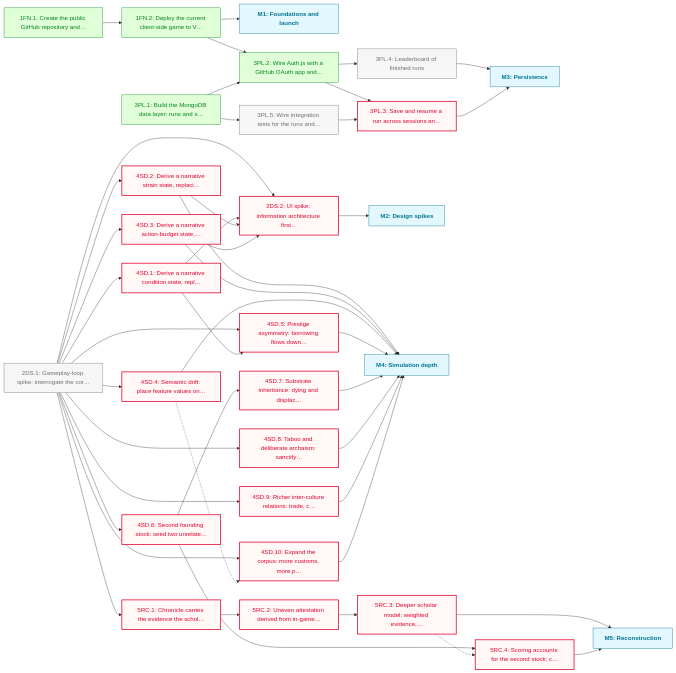
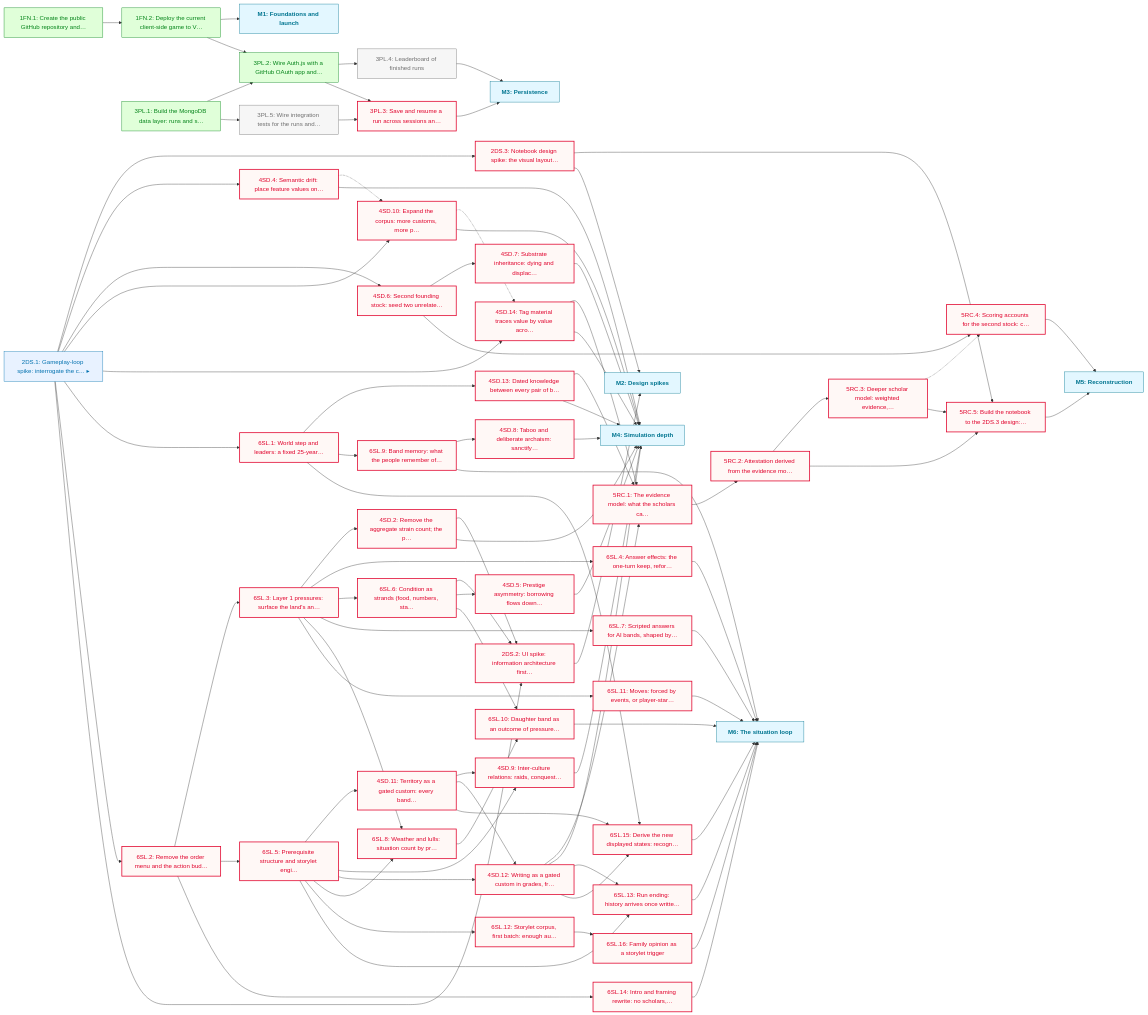
The diagram in docs/roadmaps/PHASE_1.md (JasonWarrenUK/urheimat), drawn with Mermaid before and after one commit. The commit also changed other lines of this file and 6 other files, not shown here.

First line of the commit message:
docs(spike): report the 2DS.1 gameplay-loop spike and rebuild the roadmap around it

````diff
--- a/docs/roadmaps/PHASE_1.md
+++ b/docs/roadmaps/PHASE_1.md
@@ -88,55 +138,76 @@
 ```mermaid
 graph LR
 	classDef todo fill:#f6f6f6,stroke:#6f6f6f,color:#6f6f6f
+	classDef inProgress fill:#e8f2ff,stroke:#0071af,color:#0071af
 	classDef blocked fill:#fff8f6,stroke:#e0002b,color:#e0002b,stroke-width:2px
 	classDef paused fill:#fdf4ff,stroke:#b01fe3,color:#b01fe3,stroke-dasharray:4 3
 	classDef deferred fill:#fff8f3,stroke:#ac5c00,color:#ac5c00,stroke-dasharray:2 4,font-style:italic
 	classDef done fill:#e0ffd9,stroke:#008217,color:#008217
-	classDef outOfScope fill:#f6f6f6,stroke:#e2e2e2,color:#e2e2e2,stroke-dasharray:2 2
+	classDef outOfScope fill:#f6f6f6,stroke:#717171,color:#717171,stroke-dasharray:2 2
 	classDef mile fill:#e3f7ff,stroke:#007590,color:#007590,font-weight:bold
 	classDef external fill:#fff9e5,stroke:#7d6f00,color:#7d6f00,stroke-dasharray:4 3,font-style:italic
 	1FN.1["1FN.1: Create the public GitHub repository and…"]
 	1FN.2["1FN.2: Deploy the current client-side game to V…"]
 	M1["M1: Foundations and launch"]:::mile
-	2DS.1["2DS.1: Gameplay-loop spike: interrogate the cor…"]
+	2DS.1["2DS.1: Gameplay-loop spike: interrogate the c… ▸"]
+	2DS.3["2DS.3: Notebook design spike: the visual layout…"]
 	3PL.1["3PL.1: Build the MongoDB data layer: runs and s…"]
 	3PL.2["3PL.2: Wire Auth.js with a GitHub OAuth app and…"]
 	3PL.4["3PL.4: Leaderboard of finished runs"]
 	3PL.5["3PL.5: Wire integration tests for the runs and…"]
 	3PL.3["3PL.3: Save and resume a run across sessions an…"]
 	M3["M3: Persistence"]:::mile
-	4SD.1["4SD.1: Derive a narrative condition state, repl…"]
-	4SD.2["4SD.2: Derive a narrative strain state, replaci…"]
-	4SD.3["4SD.3: Derive a narrative action-budget state,…"]
+	4SD.4["4SD.4: Semantic drift: place feature values on…"]
+	4SD.6["4SD.6: Second founding stock: seed two unrelate…"]
+	4SD.7["4SD.7: Substrate inheritance: dying and displac…"]
+	4SD.10["4SD.10: Expand the corpus: more customs, more p…"]
+	4SD.14["4SD.14: Tag material traces value by value acro…"]
+	6SL.1["6SL.1: World step and leaders: a fixed 25-year…"]
+	4SD.13["4SD.13: Dated knowledge between every pair of b…"]
+	6SL.2["6SL.2: Remove the order menu and the action bud…"]
+	6SL.3["6SL.3: Layer 1 pressures: surface the land's an…"]
+	4SD.2["4SD.2: Remove the aggregate strain count; the p…"]
+	6SL.4["6SL.4: Answer effects: the one-turn keep, refor…"]
+	6SL.5["6SL.5: Prerequisite structure and storylet engi…"]
+	4SD.11["4SD.11: Territory as a gated custom: every band…"]
+	4SD.9["4SD.9: Inter-culture relations: raids, conquest…"]
+	4SD.12["4SD.12: Writing as a gated custom in grades, fr…"]
+	5RC.1["5RC.1: The evidence model: what the scholars ca…"]
+	5RC.2["5RC.2: Attestation derived from the evidence mo…"]
+	5RC.3["5RC.3: Deeper scholar model: weighted evidence,…"]
+	5RC.4["5RC.4: Scoring accounts for the second stock: c…"]
+	5RC.5["5RC.5: Build the notebook to the 2DS.3 design:…"]
+	M5["M5: Reconstruction"]:::mile
+	6SL.6["6SL.6: Condition as strands (food, numbers, sta…"]
 	2DS.2["2DS.2: UI spike: information architecture first…"]
 	M2["M2: Design spikes"]:::mile
-	4SD.4["4SD.4: Semantic drift: place feature values on…"]
 	4SD.5["4SD.5: Prestige asymmetry: borrowing flows down…"]
-	4SD.6["4SD.6: Second founding stock: seed two unrelate…"]
-	4SD.7["4SD.7: Substrate inheritance: dying and displac…"]
+	6SL.7["6SL.7: Scripted answers for AI bands, shaped by…"]
+	6SL.8["6SL.8: Weather and lulls: situation count by pr…"]
+	6SL.9["6SL.9: Band memory: what the people remember of…"]
 	4SD.8["4SD.8: Taboo and deliberate archaism: sanctify…"]
-	4SD.9["4SD.9: Richer inter-culture relations: trade, c…"]
-	4SD.10["4SD.10: Expand the corpus: more customs, more p…"]
 	M4["M4: Simulation depth"]:::mile
-	5RC.1["5RC.1: Chronicle carries the evidence the schol…"]
-	5RC.2["5RC.2: Uneven attestation derived from in-game…"]
-	5RC.3["5RC.3: Deeper scholar model: weighted evidence,…"]
-	5RC.4["5RC.4: Scoring accounts for the second stock: c…"]
-	M5["M5: Reconstruction"]:::mile
+	6SL.10["6SL.10: Daughter band as an outcome of pressure…"]
+	6SL.11["6SL.11: Moves: forced by events, or player-star…"]
+	6SL.12["6SL.12: Storylet corpus, first batch: enough au…"]
+	6SL.13["6SL.13: Run ending: history arrives once writte…"]
+	6SL.14["6SL.14: Intro and framing rewrite: no scholars,…"]
+	6SL.15["6SL.15: Derive the new displayed states: recogn…"]
+	6SL.16["6SL.16: Family opinion as a storylet trigger"]
+	M6["M6: The situation loop"]:::mile
 	1FN.1 --> 1FN.2
 	1FN.2 --> M1
 	1FN.2 --> 3PL.2
-	2DS.1 --> 4SD.1
-	2DS.1 --> 4SD.2
-	2DS.1 --> 4SD.3
+	2DS.1 --> 2DS.3
+	2DS.1 --> 4SD.4
+	2DS.1 --> 4SD.6
+	2DS.1 --> 4SD.10
+	2DS.1 --> 4SD.14
+	2DS.1 --> 6SL.1
+	2DS.1 --> 6SL.2
 	2DS.1 --> 2DS.2
-	2DS.1 --> 4SD.4
-	2DS.1 --> 4SD.5
-	2DS.1 --> 4SD.6
-	2DS.1 --> 4SD.8
-	2DS.1 --> 4SD.9
-	2DS.1 --> 4SD.10
-	2DS.1 --> 5RC.1
+	2DS.3 --> 5RC.5
+	2DS.3 --> M2
 	3PL.1 --> 3PL.2
 	3PL.1 --> 3PL.5
 	3PL.2 --> 3PL.4
@@ -144,28 +215,72 @@
 	3PL.4 --> M3
 	3PL.5 --> 3PL.3
 	3PL.3 --> M3
-	4SD.1 --> 2DS.2
-	4SD.1 --> 4SD.5
-	4SD.2 --> 2DS.2
-	4SD.2 --> M4
-	4SD.3 --> 2DS.2
-	4SD.3 --> M4
-	2DS.2 --> M2
 	4SD.4 -.-> 4SD.10
 	4SD.4 --> M4
-	4SD.5 --> M4
 	4SD.6 --> 4SD.7
 	4SD.6 --> 5RC.4
 	4SD.7 --> M4
-	4SD.8 --> M4
+	4SD.10 -.-> 4SD.14
+	4SD.10 --> M4
+	4SD.14 --> 5RC.1
+	4SD.14 --> M4
+	6SL.1 --> 4SD.13
+	6SL.1 --> 6SL.9
+	6SL.1 --> 6SL.15
+	4SD.13 --> 5RC.1
+	4SD.13 --> M4
+	6SL.2 --> 6SL.3
+	6SL.2 --> 6SL.5
+	6SL.2 --> 6SL.14
+	6SL.3 --> 4SD.2
+	6SL.3 --> 6SL.4
+	6SL.3 --> 6SL.6
+	6SL.3 --> 6SL.7
+	6SL.3 --> 6SL.8
+	6SL.3 --> 6SL.11
+	4SD.2 --> 2DS.2
+	4SD.2 --> M4
+	6SL.4 --> M6
+	6SL.5 --> 4SD.11
+	6SL.5 --> 4SD.9
+	6SL.5 --> 4SD.12
+	6SL.5 --> 6SL.8
+	6SL.5 --> 6SL.12
+	6SL.5 --> 6SL.13
+	4SD.11 --> 4SD.9
+	4SD.11 --> 4SD.12
+	4SD.11 --> 6SL.15
 	4SD.9 --> M4
-	4SD.10 --> M4
+	4SD.12 --> 5RC.1
+	4SD.12 --> M4
+	4SD.12 --> 6SL.13
+	4SD.12 --> 6SL.15
 	5RC.1 --> 5RC.2
 	5RC.2 --> 5RC.3
+	5RC.2 --> 5RC.5
 	5RC.3 -.-> 5RC.4
-	5RC.3 --> M5
+	5RC.3 --> 5RC.5
 	5RC.4 --> M5
-	class 2DS.1,3PL.4,3PL.5 todo
-	class 2DS.2,3PL.3,4SD.1,4SD.10,4SD.2,4SD.3,4SD.4,4SD.5,4SD.6,4SD.7,4SD.8,4SD.9,5RC.1,5RC.2,5RC.3,5RC.4 blocked
+	5RC.5 --> M5
+	6SL.6 --> 2DS.2
+	6SL.6 --> 4SD.5
+	6SL.6 --> 6SL.10
+	2DS.2 --> M2
+	4SD.5 --> M4
+	6SL.7 --> M6
+	6SL.8 --> 6SL.10
+	6SL.9 --> 4SD.8
+	6SL.9 --> M6
+	4SD.8 --> M4
+	6SL.10 --> M6
+	6SL.11 --> M6
+	6SL.12 --> 6SL.16
+	6SL.13 --> M6
+	6SL.14 --> M6
+	6SL.15 --> M6
+	6SL.16 --> M6
+	class 3PL.4,3PL.5 todo
+	class 2DS.1 inProgress
+	class 2DS.2,2DS.3,3PL.3,4SD.10,4SD.11,4SD.12,4SD.13,4SD.14,4SD.2,4SD.4,4SD.5,4SD.6,4SD.7,4SD.8,4SD.9,5RC.1,5RC.2,5RC.3,5RC.4,5RC.5,6SL.1,6SL.10,6SL.11,6SL.12,6SL.13,6SL.14,6SL.15,6SL.16,6SL.2,6SL.3,6SL.4,6SL.5,6SL.6,6SL.7,6SL.8,6SL.9 blocked
 	class 1FN.1,1FN.2,3PL.1,3PL.2 done
 ```
````
